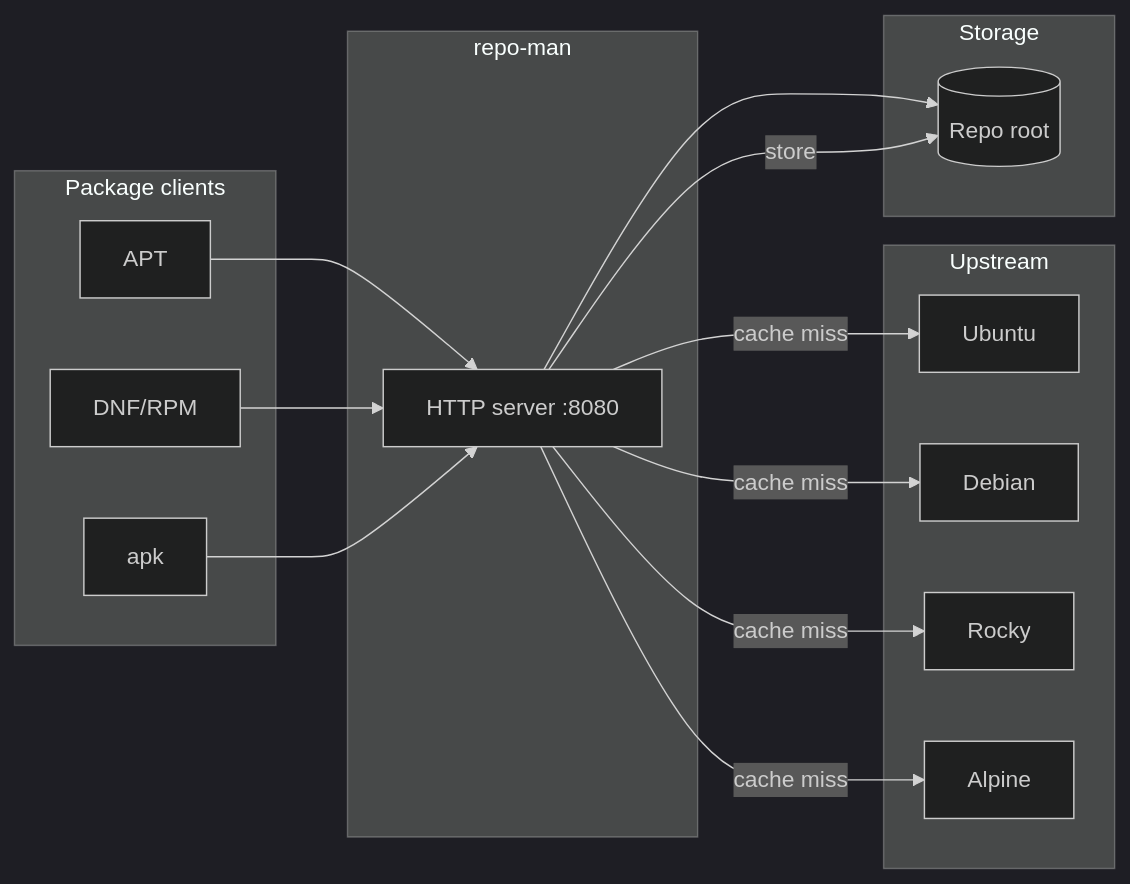
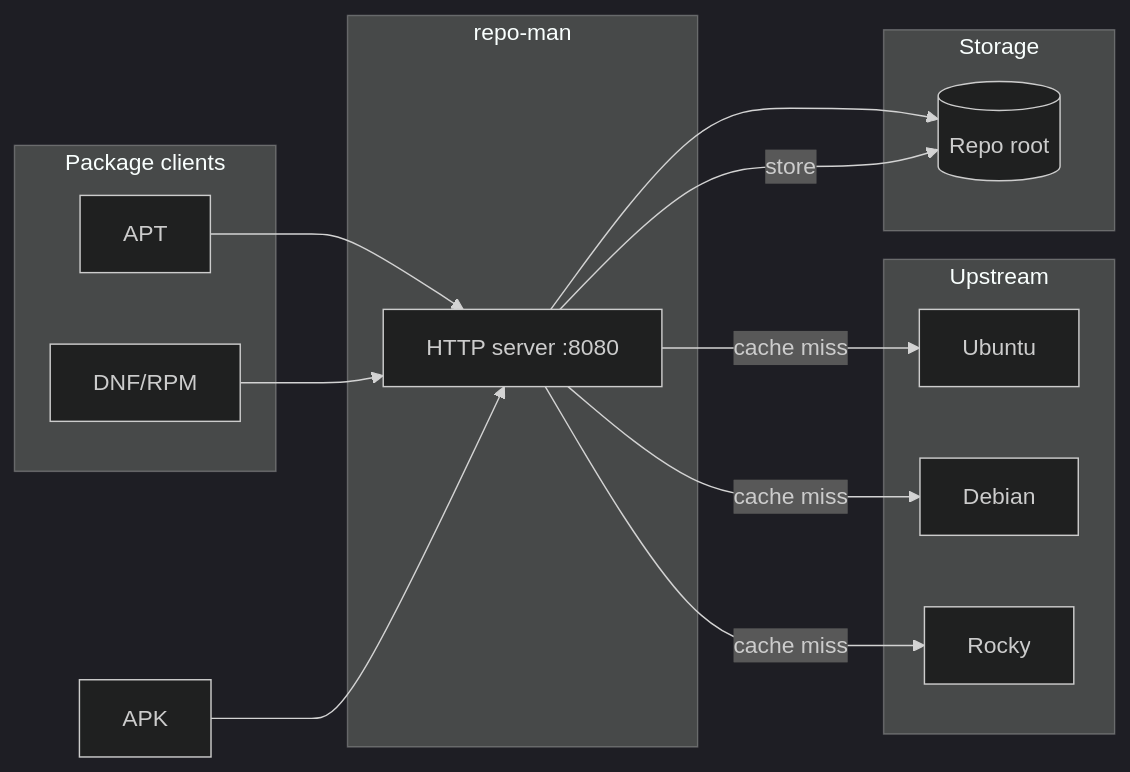
One commit to awesome-it/repo-man changed the first of 6 diagrams in docs/architecture.md. Above: the diagram before and after it, drawn with Mermaid (dark theme). The commit also changed 5 other files, not shown here.

````diff
--- a/docs/architecture.md
+++ b/docs/architecture.md
@@ -11,29 +11,26 @@
 ```mermaid
 flowchart LR
   subgraph clients [Package clients]
     APT[APT]
     DNF[DNF/RPM]
-    APK[apk]
   end
   subgraph repo_man [repo-man]
     HTTP[HTTP server :8080]
   end
   subgraph upstream [Upstream]
     Ubuntu[Ubuntu]
     Debian[Debian]
     Rocky[Rocky]
-    Alpine[Alpine]
   end
   subgraph storage [Storage]
     Disk[(Repo root)]
   end
   APT --> HTTP
   DNF --> HTTP
   APK --> HTTP
   HTTP --> Disk
   HTTP -->|"cache miss"| Ubuntu
   HTTP -->|"cache miss"| Debian
   HTTP -->|"cache miss"| Rocky
-  HTTP -->|"cache miss"| Alpine
   HTTP -->|"store"| Disk
 ```
````
